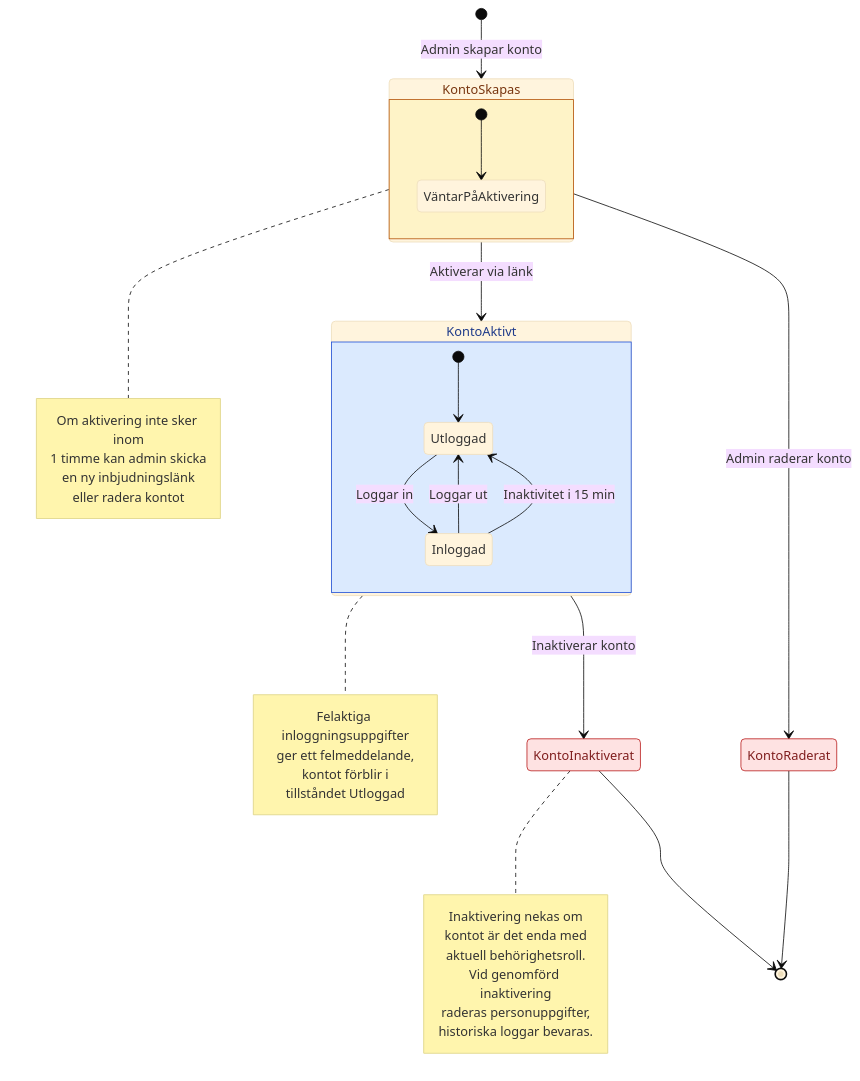
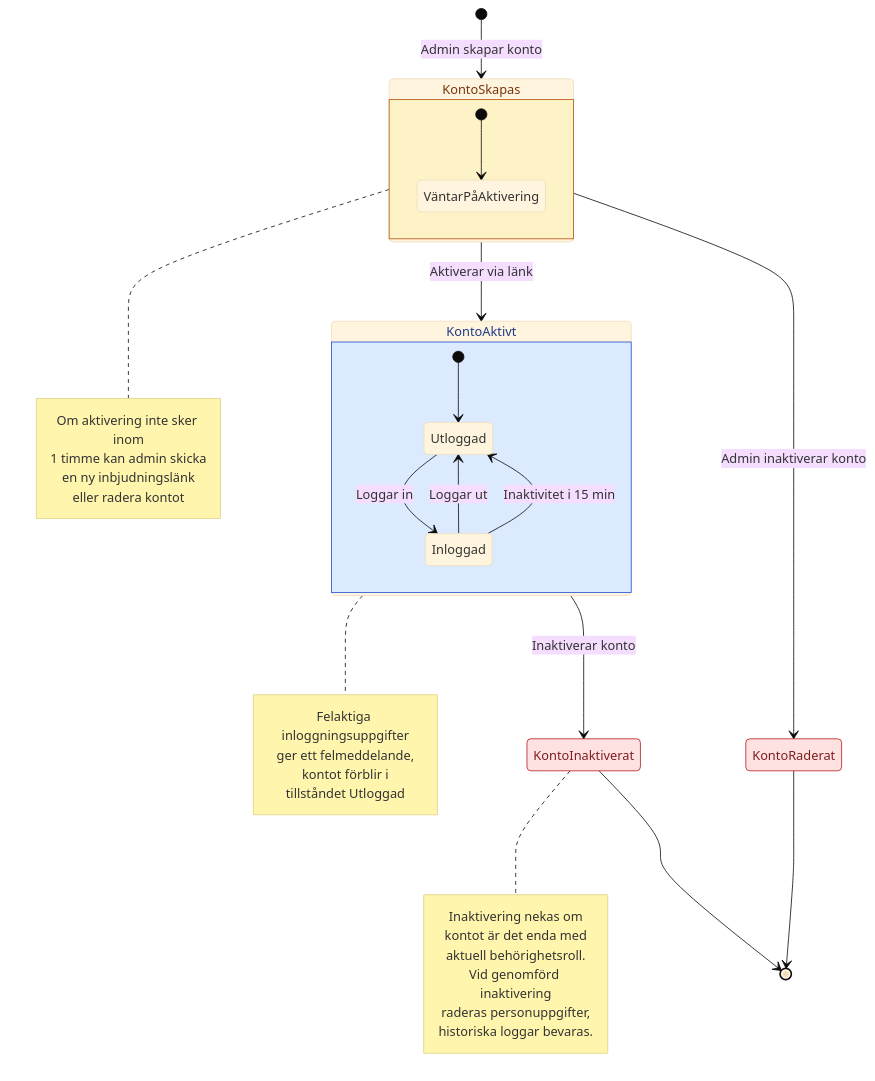
The third of 7 diagrams in docs/requirements/08-diagram.md (S470-crypto/Grupp-3-Projektarbete), drawn with Mermaid (base theme) before and after one commit.

````diff
--- a/docs/requirements/08-diagram.md
+++ b/docs/requirements/08-diagram.md
@@ -119,58 +119,58 @@
 ```mermaid
 %% Täcker use cases: UC-10 (Skapa konto som admin), UC-13 (Logga in som behörig),
 %% UC-14 (Logga ut som behörig), UC-15 (Inaktivera konto som admin)
 stateDiagram-v2
     classDef waiting fill:#fef3c7,stroke:#b45309,color:#78350f,stroke-width:1px
     classDef active fill:#dbeafe,stroke:#1d4ed8,color:#1e3a8a,stroke-width:1px
     classDef neutral fill:#f3f4f6,stroke:#6b7280,color:#374151,stroke-width:1px
     classDef cancelled fill:#fee2e2,stroke:#b91c1c,color:#7f1d1d,stroke-width:1px
  
     [*] --> KontoSkapas : Admin skapar konto
  
     state KontoSkapas {
         [*] --> VäntarPåAktivering
     }
     note right of KontoSkapas
         Om aktivering inte sker inom
 1 timme kan admin skicka
 en ny inbjudningslänk
         eller radera kontot
     end note
  
     KontoSkapas --> KontoAktivt : Aktiverar via länk
-    KontoSkapas --> KontoRaderat : Admin raderar konto
+    KontoSkapas --> KontoRaderat : Admin inaktiverar konto
  
     state KontoAktivt {
         [*] --> Utloggad
         Utloggad --> Inloggad : Loggar in
         Inloggad --> Utloggad : Loggar ut
         Inloggad --> Utloggad : Inaktivitet i 15 min
  
         class Utloggad neutral
         class Inloggad active
     }
     note right of KontoAktivt
         Felaktiga inloggningsuppgifter
 ger ett felmeddelande,
 kontot förblir i
         tillståndet Utloggad
     end note
  
     KontoAktivt --> KontoInaktiverat : Inaktiverar konto
     note right of KontoInaktiverat
         Inaktivering nekas om
 kontot är det enda med
 aktuell behörighetsroll.
         Vid genomförd inaktivering
 raderas personuppgifter,
 historiska loggar bevaras.
     end note
  
     KontoInaktiverat --> [*]
     KontoRaderat --> [*]
  
     class KontoSkapas waiting
     class KontoAktivt active
     class KontoInaktiverat cancelled
     class KontoRaderat cancelled
 ```
````
